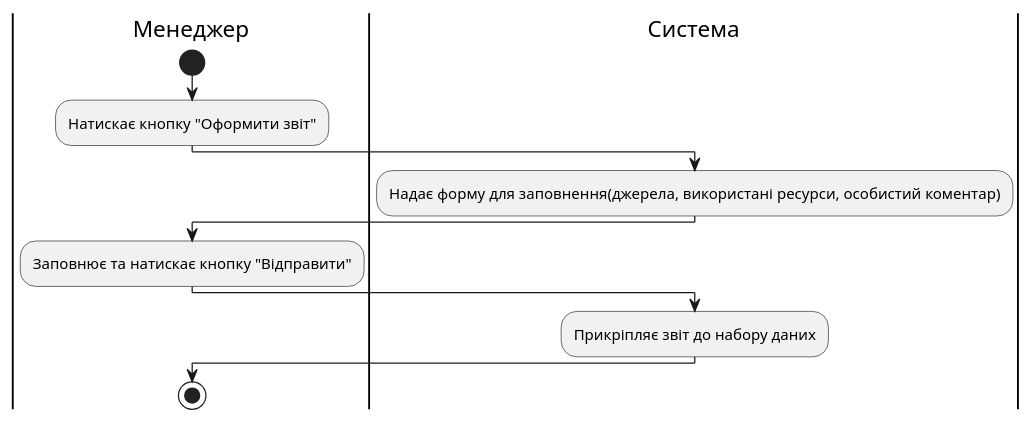
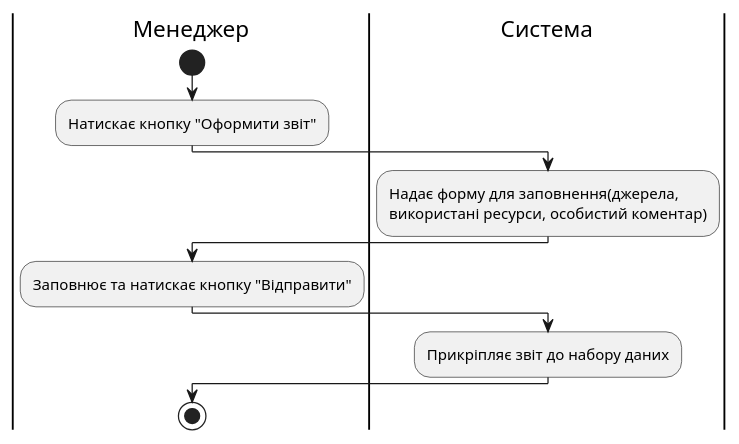
Before and after one commit to anrikolo/obd: the diagram in src/uml/UC7.puml, drawn with PlantUML. The commit also changed other lines of this file, not shown here.

```diff
--- a/src/uml/UC7.puml
+++ b/src/uml/UC7.puml
@@ -2,14 +1,14 @@
 @startuml
 
     |Менеджер|
     start
     :Натискає кнопку "Оформити звіт";
     |Система|
-    :Надає форму для заповнення(джерела, використані ресурси, особистий коментар);
+    :Надає форму для заповнення(джерела, \nвикористані ресурси, особистий коментар);
     |Менеджер|
     :Заповнює та натискає кнопку "Відправити";
     |Система|
     :Прикріпляє звіт до набору даних;
         |Менеджер|
     stop;
 @enduml
```
